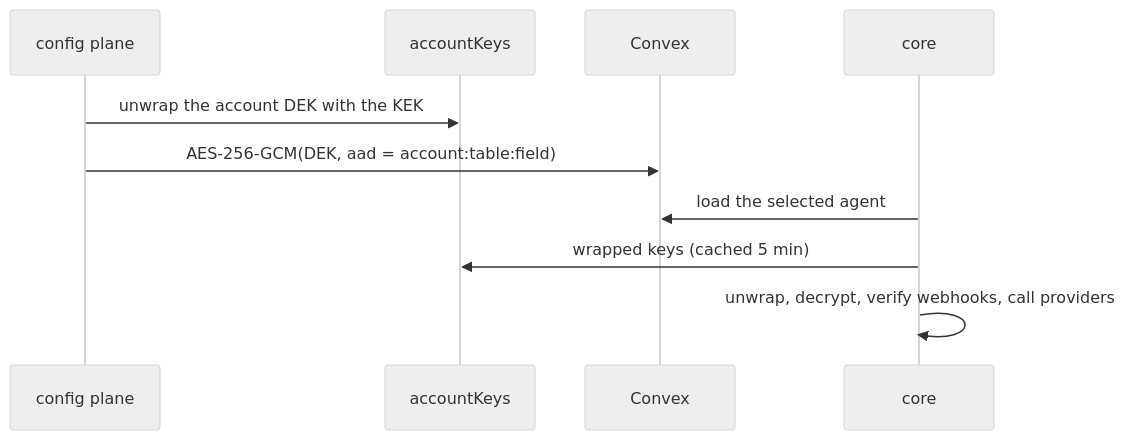
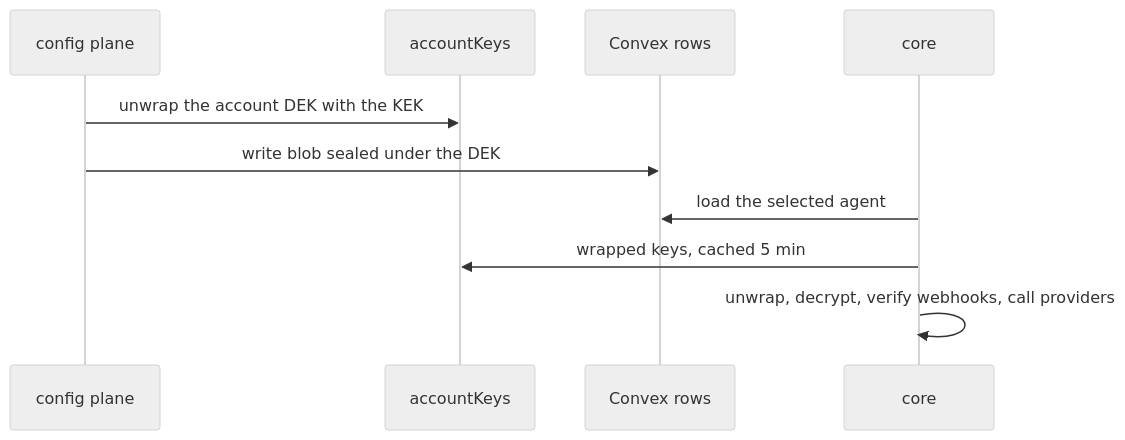
One commit to beeblastco/broods changed the fourth of 8 diagrams in apps/docs/docs/internals/security.md. Above: the diagram before and after it, drawn with Mermaid (neutral theme). The commit also changed other lines of this file and 13 other files, not shown here.

First line of the commit message:
docs(internals): diagram-first rewrite of the remaining internals pages

````diff
--- a/apps/docs/docs/internals/security.md
+++ b/apps/docs/docs/internals/security.md
@@ -25,13 +67,13 @@
 ```mermaid
 sequenceDiagram
   participant API as config plane
   participant Keys as accountKeys
-  participant CVX as Convex
+  participant CVX as Convex rows
   participant Core as core
 
   API->>Keys: unwrap the account DEK with the KEK
-  API->>CVX: AES-256-GCM(DEK, aad = account:table:field)
+  API->>CVX: write blob sealed under the DEK
   Core->>CVX: load the selected agent
-  Core->>Keys: wrapped keys (cached 5 min)
+  Core->>Keys: wrapped keys, cached 5 min
   Core->>Core: unwrap, decrypt, verify webhooks, call providers
 ```
````
